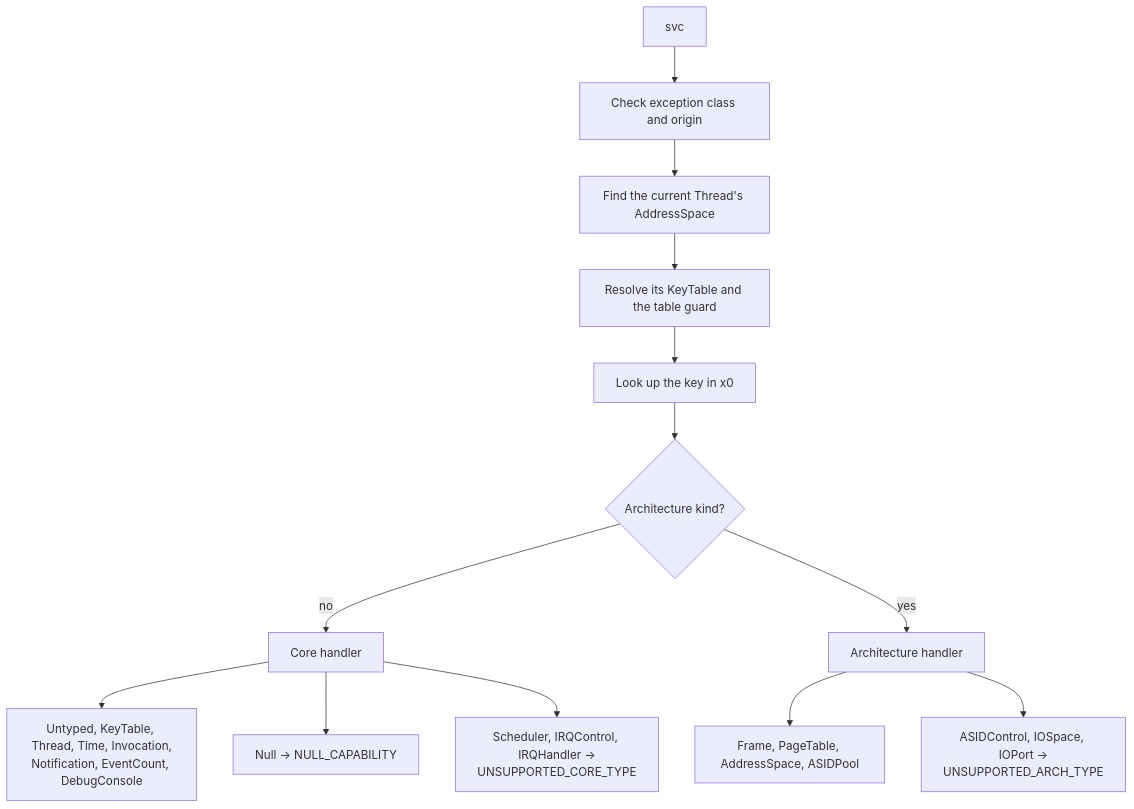
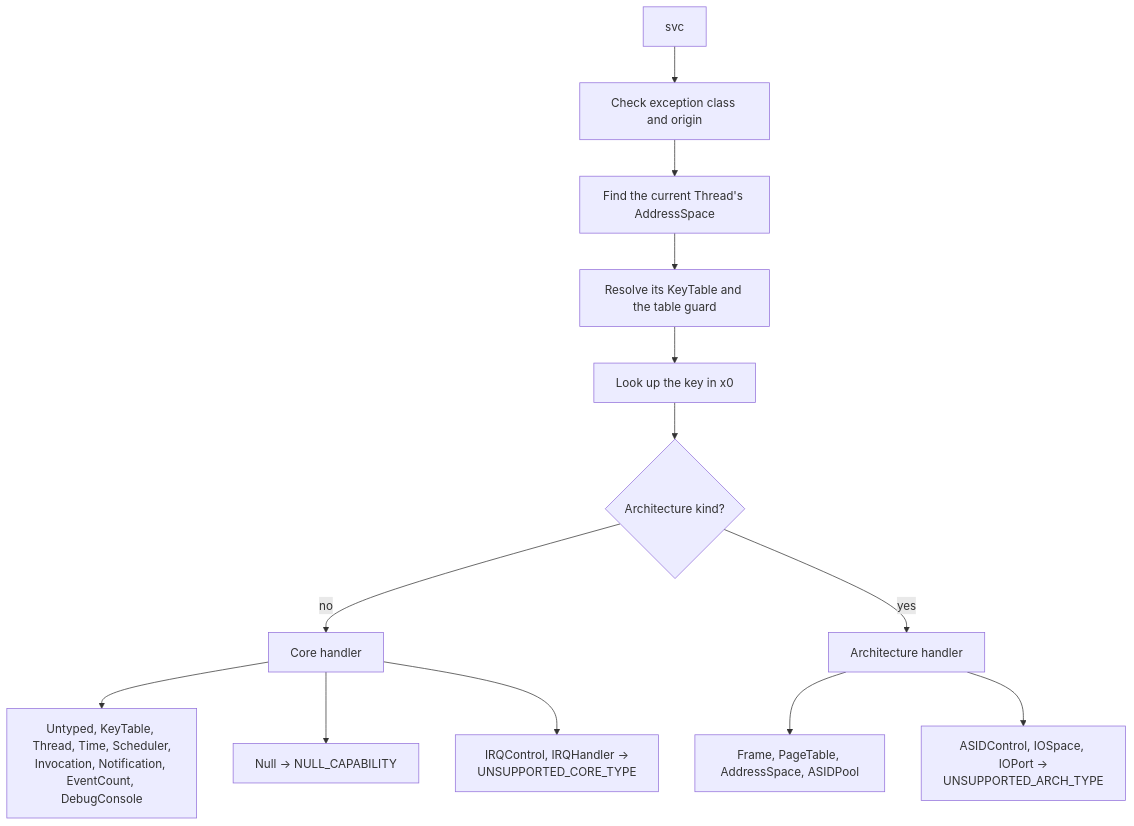
The diagram in doc/object_types/README.md (metta-systems/vesper), drawn with Mermaid before and after one commit. The commit also changed other lines of this file and 61 other files, not shown here.

````diff
--- a/doc/object_types/README.md
+++ b/doc/object_types/README.md
@@ -140,15 +140,15 @@
 ```mermaid
 flowchart TD
     A["svc"] --> B["Check exception class and origin"]
     B --> AS["Find the current Thread's AddressSpace"]
     AS --> KT["Resolve its KeyTable and the table guard"]
     KT --> C["Look up the key in x0"]
     C --> D{"Architecture kind?"}
     D -- "no" --> E["Core handler"]
     D -- "yes" --> F["Architecture handler"]
-    E --> G["Untyped, KeyTable, Thread, Time, Invocation,<br/>Notification, EventCount, DebugConsole"]
+    E --> G["Untyped, KeyTable, Thread, Time, Scheduler,<br/>Invocation, Notification, EventCount, DebugConsole"]
     E --> I["Null → NULL_CAPABILITY"]
-    E --> J["Scheduler, IRQControl, IRQHandler →<br/>UNSUPPORTED_CORE_TYPE"]
+    E --> J["IRQControl, IRQHandler →<br/>UNSUPPORTED_CORE_TYPE"]
     F --> L["Frame, PageTable, AddressSpace, ASIDPool"]
     F --> M["ASIDControl, IOSpace, IOPort →<br/>UNSUPPORTED_ARCH_TYPE"]
 ```
````
